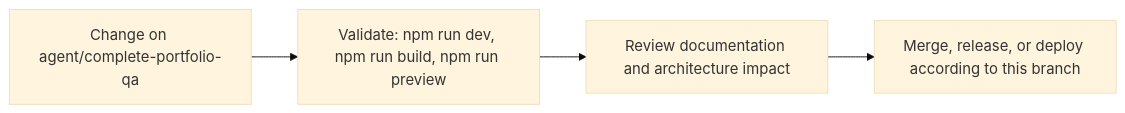
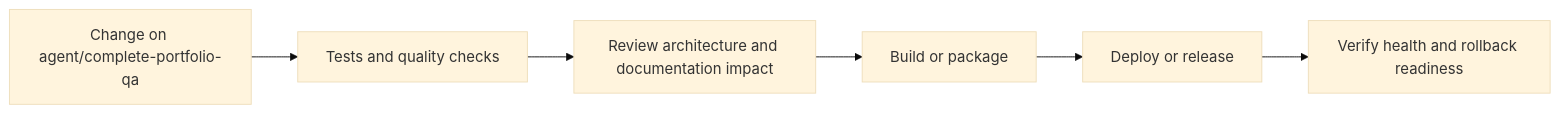
Before and after one commit to Nischhalsubba/nischhalsubba.com.np: the fifth of 6 diagrams in README.md, drawn with Mermaid (base theme). The commit also changed other lines of this file, not shown here.

````diff
--- a/README.md
+++ b/README.md
@@ -85,8 +179,8 @@
 ```mermaid
 flowchart LR
-    CHANGE["Change on agent/complete-portfolio-qa"]
-    CHECK["Validate: npm run dev, npm run build, npm run preview"]
-    REVIEW["Review documentation and architecture impact"]
-    RELEASE["Merge, release, or deploy according to this branch"]
-    CHANGE --> CHECK --> REVIEW --> RELEASE
+    CHANGE["Change on agent/complete-portfolio-qa"] --> CHECK["Tests and quality checks"]
+    CHECK --> REVIEW["Review architecture and documentation impact"]
+    REVIEW --> BUILD["Build or package"]
+    BUILD --> DEPLOY["Deploy or release"]
+    DEPLOY --> VERIFY["Verify health and rollback readiness"]
 ```
````
